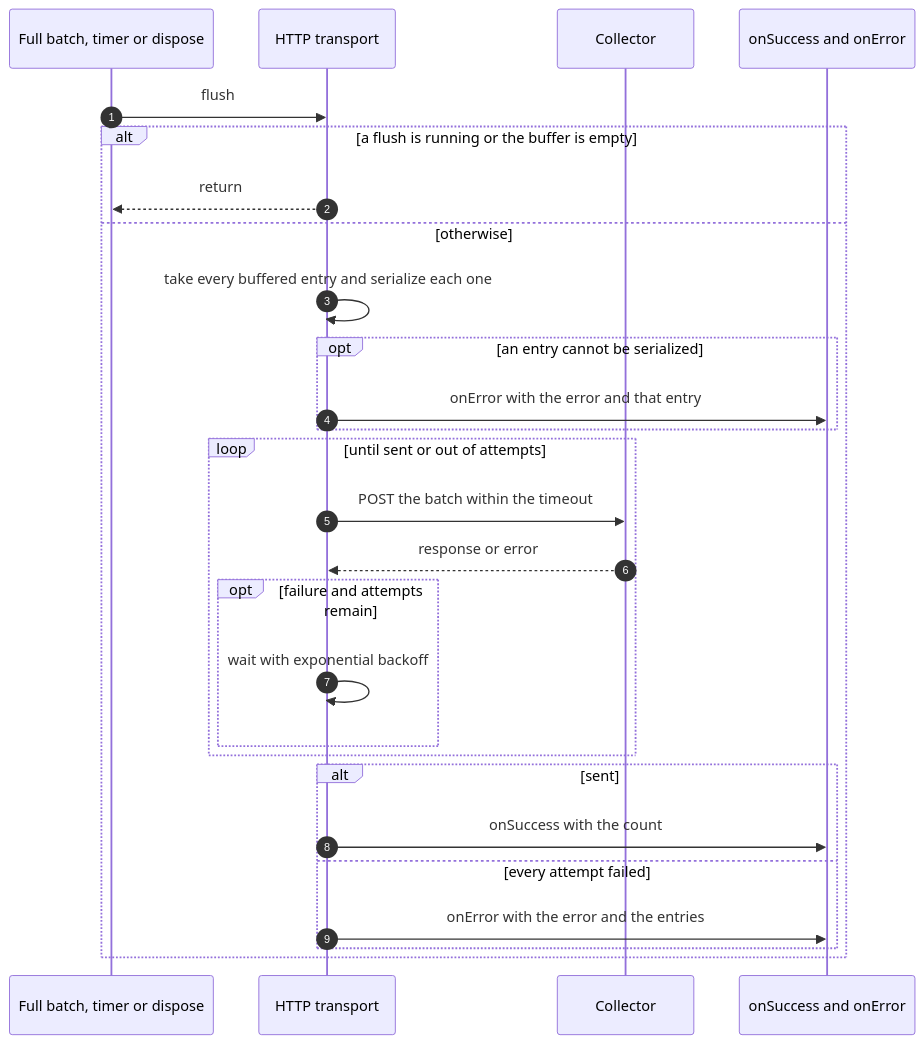
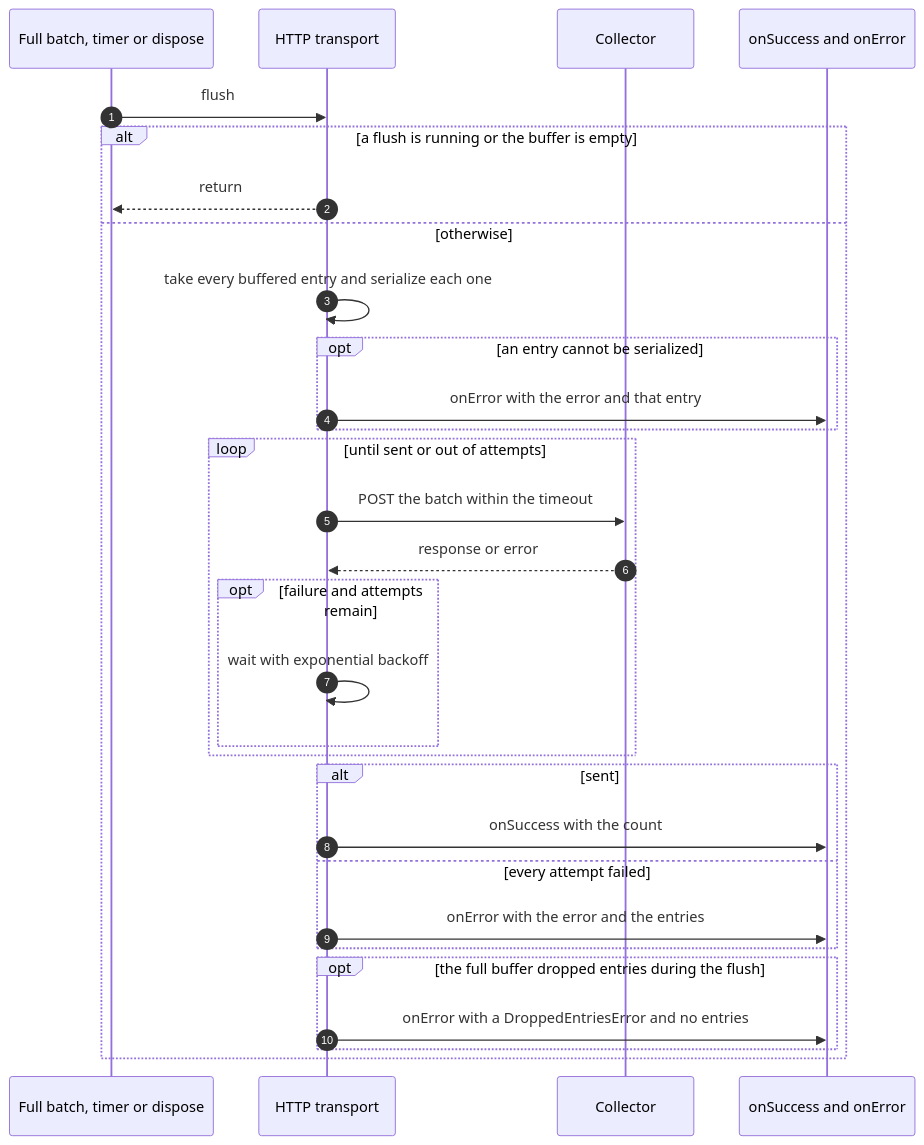
One commit to NextNodeSolutions/core changed the second of 2 diagrams in packages/logger/docs/transports/http.md. Above: the diagram before and after it, drawn with Mermaid. The commit also changed other lines of this file and 4 other files, not shown here.

````diff
--- a/packages/logger/docs/transports/http.md
+++ b/packages/logger/docs/transports/http.md
@@ -89,29 +99,32 @@
 ```mermaid
 sequenceDiagram
     autonumber
     participant Trigger as Full batch, timer or dispose
     participant T as HTTP transport
     participant C as Collector
     participant Hooks as onSuccess and onError
     Trigger->>T: flush
     alt a flush is running or the buffer is empty
         T-->>Trigger: return
     else otherwise
         T->>T: take every buffered entry and serialize each one
         opt an entry cannot be serialized
             T->>Hooks: onError with the error and that entry
         end
         loop until sent or out of attempts
             T->>C: POST the batch within the timeout
             C-->>T: response or error
             opt failure and attempts remain
                 T->>T: wait with exponential backoff
             end
         end
         alt sent
             T->>Hooks: onSuccess with the count
         else every attempt failed
             T->>Hooks: onError with the error and the entries
         end
+        opt the full buffer dropped entries during the flush
+            T->>Hooks: onError with a DroppedEntriesError and no entries
+        end
     end
 ```
````
